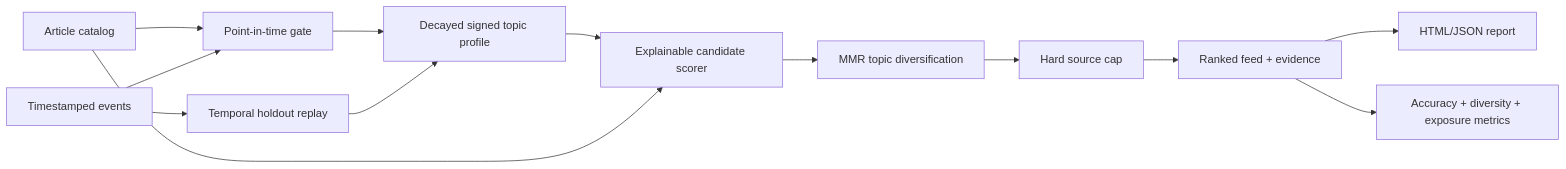
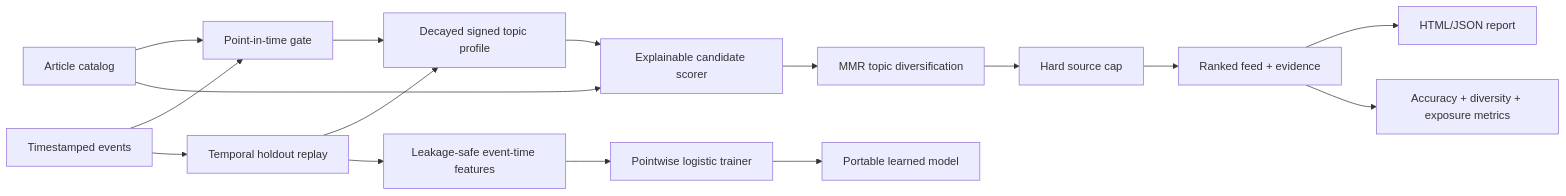
One commit to appleweiping/MosaicFeed changed the diagram in README.md. Above: the diagram before and after it, drawn with Mermaid. The commit also changed other lines of this file and 11 other files, not shown here.

Commit message:
Add leakage-safe learned click ranking

````diff
--- a/README.md
+++ b/README.md
@@ -78,15 +93,18 @@
 ```mermaid
 flowchart LR
     A[Article catalog] --> G[Point-in-time gate]
     E[Timestamped events] --> G
     G --> P[Decayed signed topic profile]
     P --> S[Explainable candidate scorer]
     A --> S
     S --> M[MMR topic diversification]
     M --> C[Hard source cap]
     C --> F[Ranked feed + evidence]
     F --> R[HTML/JSON report]
     E --> H[Temporal holdout replay]
     H --> P
     F --> Q[Accuracy + diversity + exposure metrics]
+    H --> L[Leakage-safe event-time features]
+    L --> T[Pointwise logistic trainer]
+    T --> U[Portable learned model]
 ```
````
